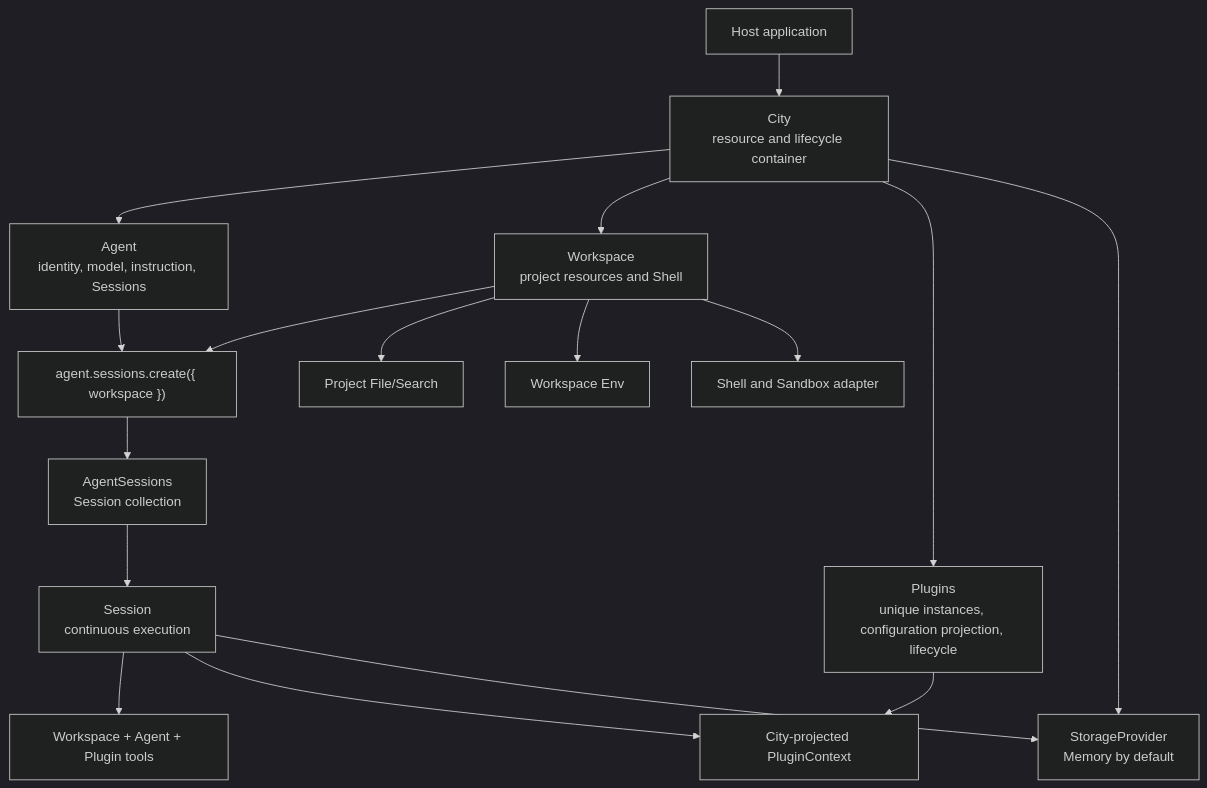
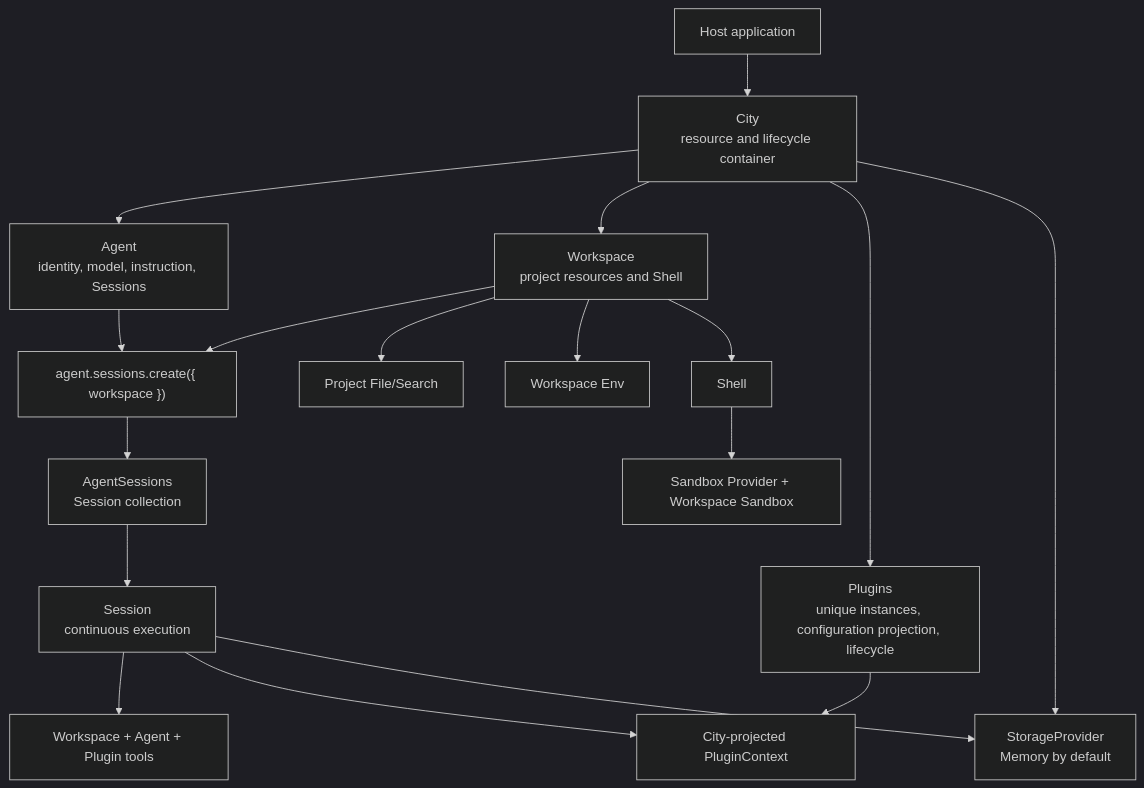
The first of 2 diagrams in homepage/content/docs/en/agent/sdk-architecture.mdx (genesiscosmos/downcity), drawn with Mermaid (dark theme) before and after one commit. The commit also changed other lines of this file and 142 other files, not shown here.

Commit message:
refactor(shell): move sandbox ownership into shell

````diff
--- a/homepage/content/docs/en/agent/sdk-architecture.mdx
+++ b/homepage/content/docs/en/agent/sdk-architecture.mdx
@@ -31,19 +31,20 @@
 ```mermaid
 flowchart TD
     Host["Host application"] --> City["City<br/>resource and lifecycle container"]
     City --> Agent["Agent<br/>identity, model, instruction, Sessions"]
     City --> Workspace["Workspace<br/>project resources and Shell"]
     City --> Plugins["Plugins<br/>unique instances, configuration projection, lifecycle"]
     Agent --> Enter["agent.sessions.create({ workspace })"]
     Workspace --> Enter
     Enter --> Sessions["AgentSessions<br/>Session collection"]
     Sessions --> Session["Session<br/>continuous execution"]
     Session --> Tools["Workspace + Agent + Plugin tools"]
     Session --> Context["City-projected PluginContext"]
     Plugins --> Context
     City --> Storage["StorageProvider<br/>Memory by default"]
     Session --> Storage
     Workspace --> Files["Project File/Search"]
     Workspace --> Env["Workspace Env"]
-    Workspace --> Shell["Shell and Sandbox adapter"]
+    Workspace --> Shell["Shell"]
+    Shell --> Sandbox["Sandbox Provider + Workspace Sandbox"]
 ```
````
